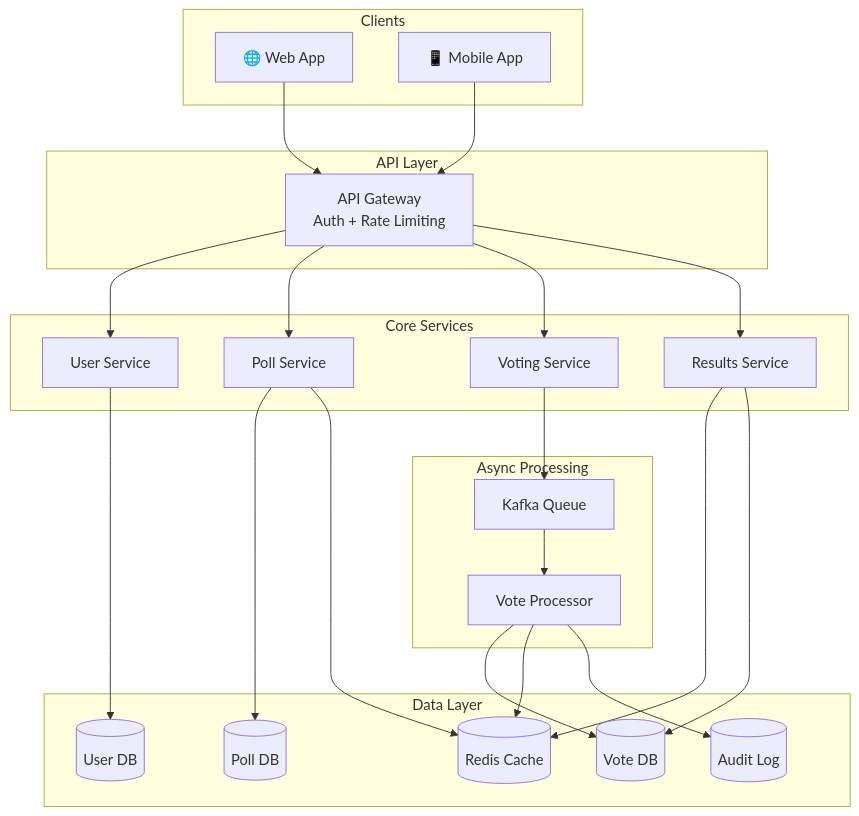
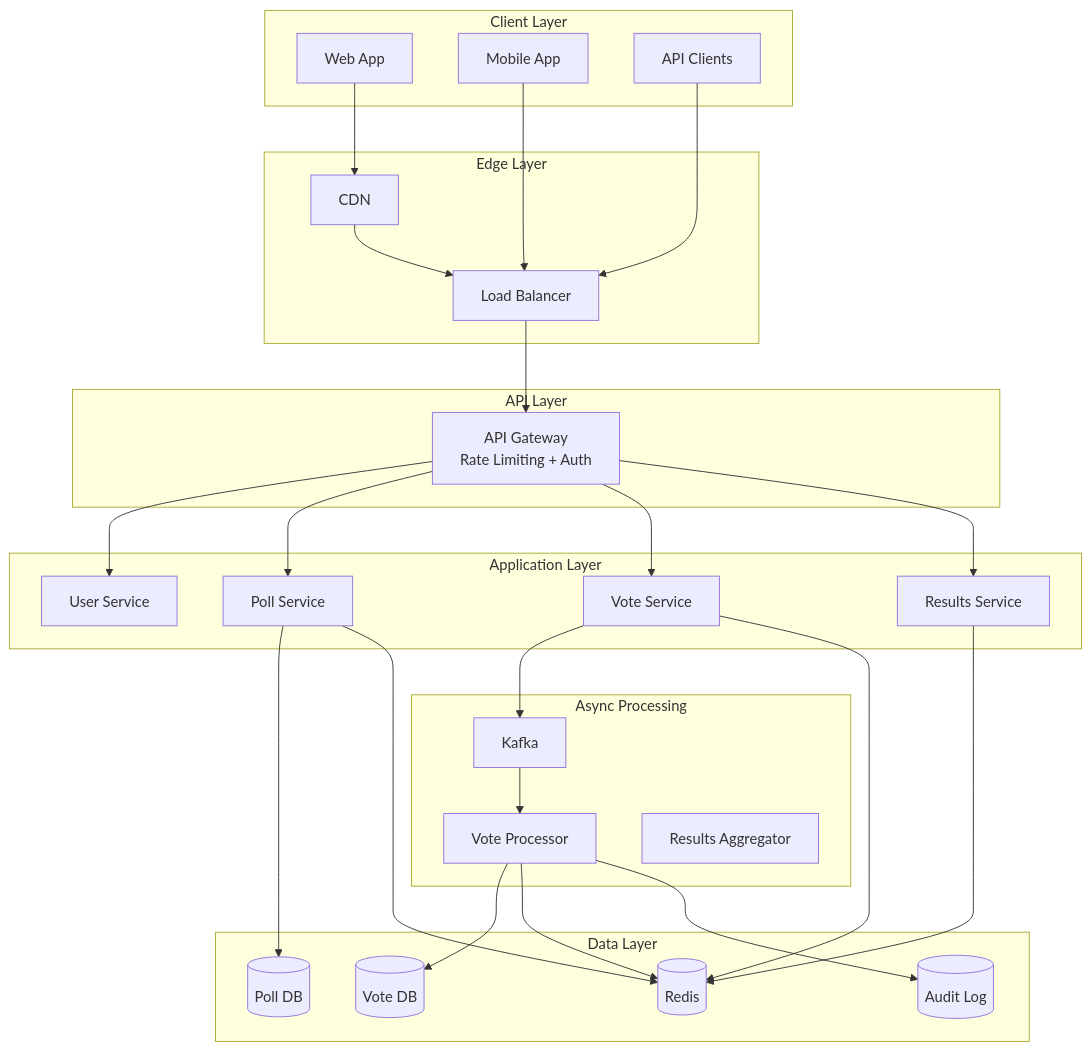
The first of 4 diagrams in software_system_design/voting-system-design.md (spawn08/system-design-interview), drawn with Mermaid before and after one commit. The commit also changed other lines of this file and 2 other files, not shown here.

````diff
--- a/software_system_design/voting-system-design.md
+++ b/software_system_design/voting-system-design.md
@@ -99,52 +151,60 @@
 ```mermaid
 flowchart TB
-    subgraph Clients [Clients]
-        Web[🌐 Web App]
-        Mobile[📱 Mobile App]
+    subgraph Clients [Client Layer]
+        Web[Web App]
+        Mobile[Mobile App]
+        API[API Clients]
+    end
+    
+    subgraph Edge [Edge Layer]
+        CDN[CDN]
+        LB[Load Balancer]
     end
     
     subgraph Gateway [API Layer]
-        APIGw[API Gateway<br/>Auth + Rate Limiting]
+        APIGw[API Gateway<br/>Rate Limiting + Auth]
     end
     
-    subgraph Services [Core Services]
+    subgraph Services [Application Layer]
         UserSvc[User Service]
         PollSvc[Poll Service]
-        VoteSvc[Voting Service]
+        VoteSvc[Vote Service]
         ResultSvc[Results Service]
     end
     
     subgraph Async [Async Processing]
-        Queue[Kafka Queue]
-        Worker[Vote Processor]
+        Queue[Kafka]
+        VoteWorker[Vote Processor]
+        ResultWorker[Results Aggregator]
     end
     
     subgraph Data [Data Layer]
-        UserDB[(User DB)]
+        Cache[(Redis)]
         PollDB[(Poll DB)]
         VoteDB[(Vote DB)]
-        Cache[(Redis Cache)]
         AuditLog[(Audit Log)]
     end
     
-    Web --> APIGw
-    Mobile --> APIGw
+    Web --> CDN
+    Mobile --> LB
+    API --> LB
+    CDN --> LB
+    LB --> APIGw
     
     APIGw --> UserSvc
     APIGw --> PollSvc
     APIGw --> VoteSvc
     APIGw --> ResultSvc
     
-    UserSvc --> UserDB
+    VoteSvc --> Queue
+    VoteSvc --> Cache
+    Queue --> VoteWorker
+    VoteWorker --> VoteDB
+    VoteWorker --> Cache
+    VoteWorker --> AuditLog
+    
+    ResultSvc --> Cache
+    
     PollSvc --> PollDB
     PollSvc --> Cache
-    
-    VoteSvc --> Queue
-    Queue --> Worker
-    Worker --> VoteDB
-    Worker --> Cache
-    Worker --> AuditLog
-    
-    ResultSvc --> Cache
-    ResultSvc --> VoteDB
 ```
````
